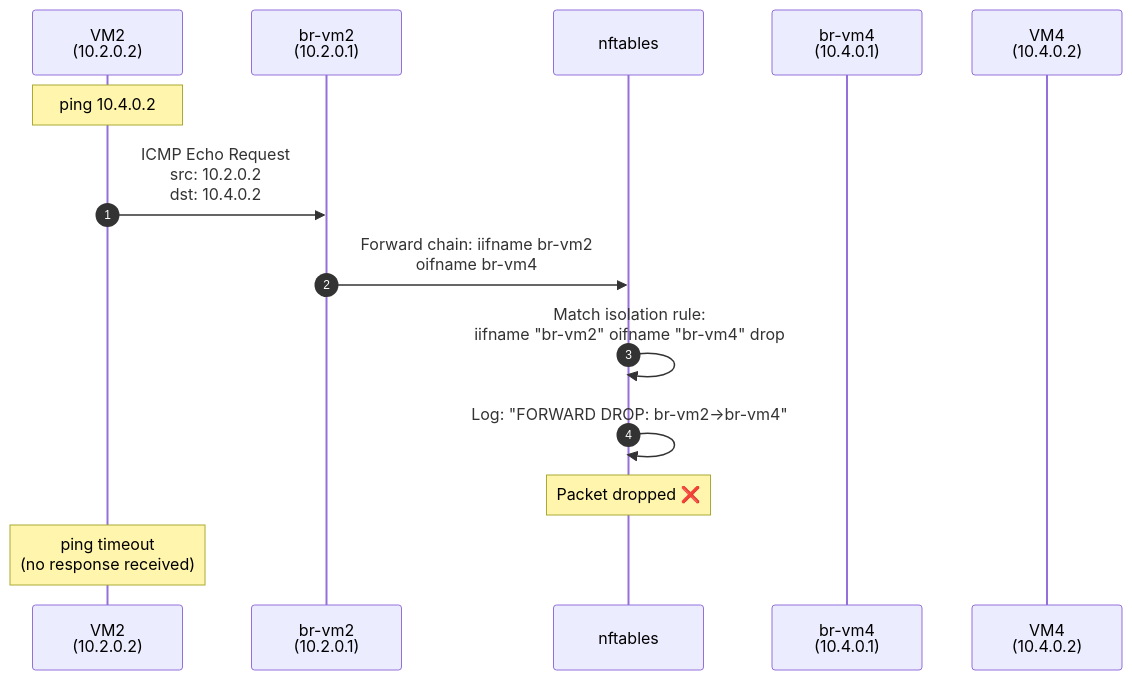
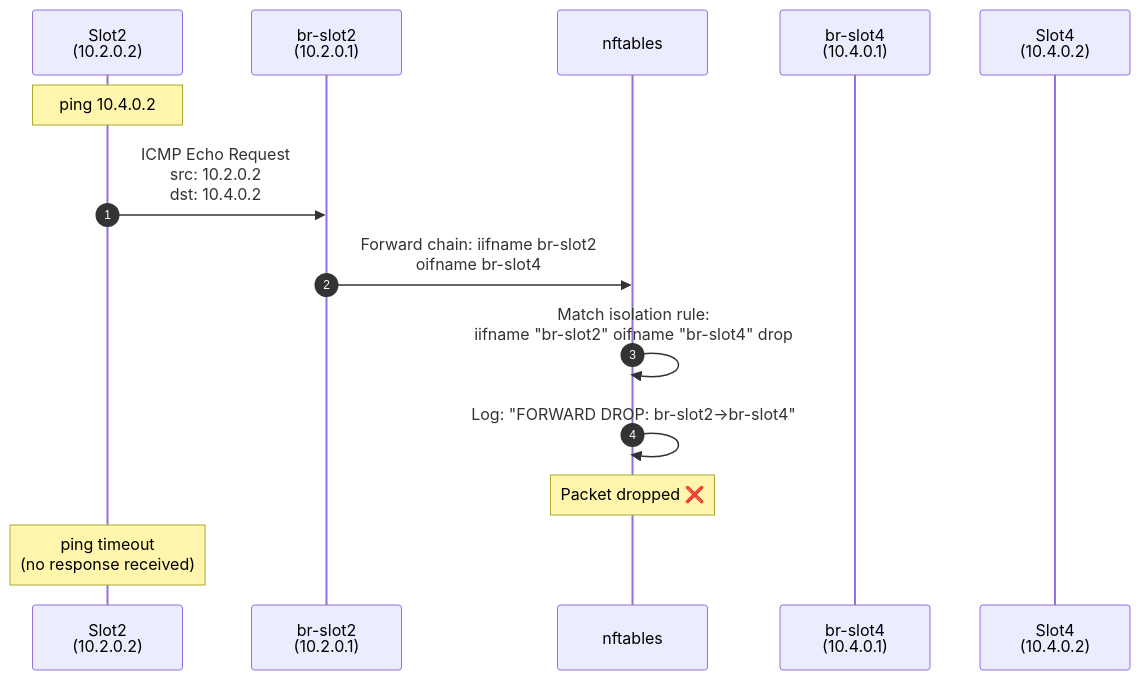
Diagram 14 of 15 in NETWORK-TOPOLOGY.md (r33drichards/simple-microvm-infra), drawn with Mermaid before and after one commit. The commit also changed other lines of this file and 3 other files, not shown here.

First line of the commit message:
Update documentation for portable state architecture

````diff
--- a/NETWORK-TOPOLOGY.md
+++ b/NETWORK-TOPOLOGY.md
@@ -749,17 +750,17 @@
 ```mermaid
 sequenceDiagram
     autonumber
-    participant VM2 as VM2<br/>(10.2.0.2)
-    participant BR2 as br-vm2<br/>(10.2.0.1)
+    participant Slot2 as Slot2<br/>(10.2.0.2)
+    participant BR2 as br-slot2<br/>(10.2.0.1)
     participant NFT as nftables
-    participant BR4 as br-vm4<br/>(10.4.0.1)
-    participant VM4 as VM4<br/>(10.4.0.2)
+    participant BR4 as br-slot4<br/>(10.4.0.1)
+    participant Slot4 as Slot4<br/>(10.4.0.2)
 
-    Note over VM2: ping 10.4.0.2
-    VM2->>BR2: ICMP Echo Request<br/>src: 10.2.0.2<br/>dst: 10.4.0.2
-    BR2->>NFT: Forward chain: iifname br-vm2<br/>oifname br-vm4
-    NFT->>NFT: Match isolation rule:<br/>iifname "br-vm2" oifname "br-vm4" drop
-    NFT->>NFT: Log: "FORWARD DROP: br-vm2→br-vm4"
+    Note over Slot2: ping 10.4.0.2
+    Slot2->>BR2: ICMP Echo Request<br/>src: 10.2.0.2<br/>dst: 10.4.0.2
+    BR2->>NFT: Forward chain: iifname br-slot2<br/>oifname br-slot4
+    NFT->>NFT: Match isolation rule:<br/>iifname "br-slot2" oifname "br-slot4" drop
+    NFT->>NFT: Log: "FORWARD DROP: br-slot2→br-slot4"
     Note over NFT: Packet dropped ❌
-    Note over VM2: ping timeout<br/>(no response received)
+    Note over Slot2: ping timeout<br/>(no response received)
 ```
````
